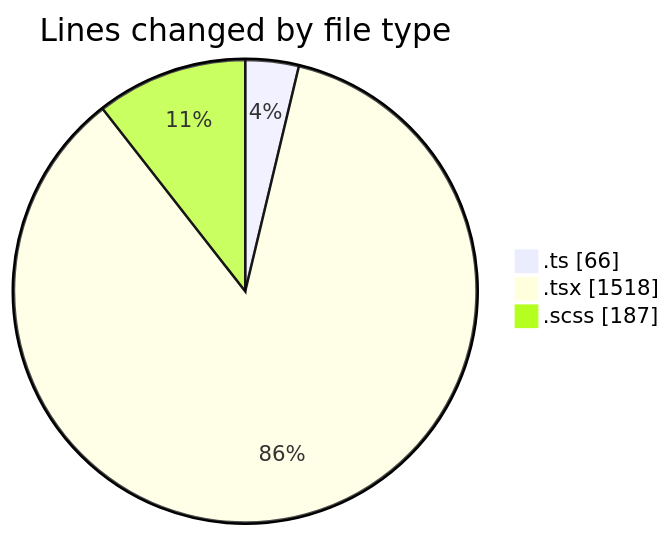
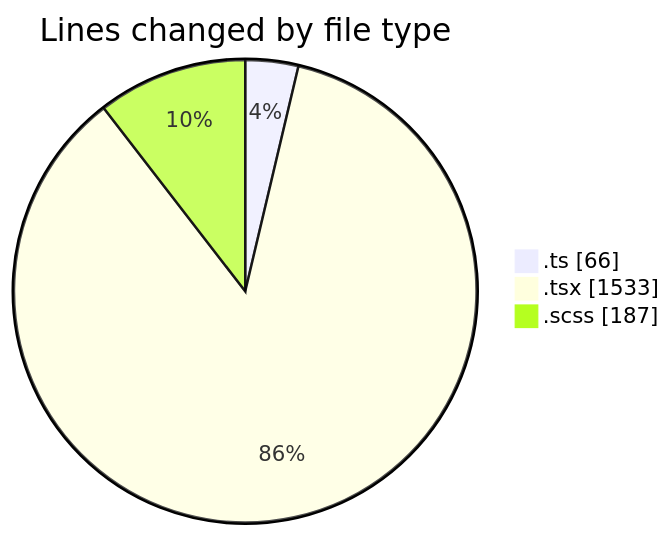
One commit to momahboobian/code-tracking changed the first of 2 diagrams in 2025-03-21/cda/README.md. Above: the diagram before and after it, drawn with Mermaid. The commit also changed other lines of this file and 1 other file, not shown here.

````diff
--- a/2025-03-21/cda/README.md
+++ b/2025-03-21/cda/README.md
@@ -32,7 +32,7 @@
 ```mermaid
 pie showData
 title Lines changed by file type
 ".ts" : 66
-".tsx" : 1518
+".tsx" : 1533
 ".scss" : 187
 ```
````
